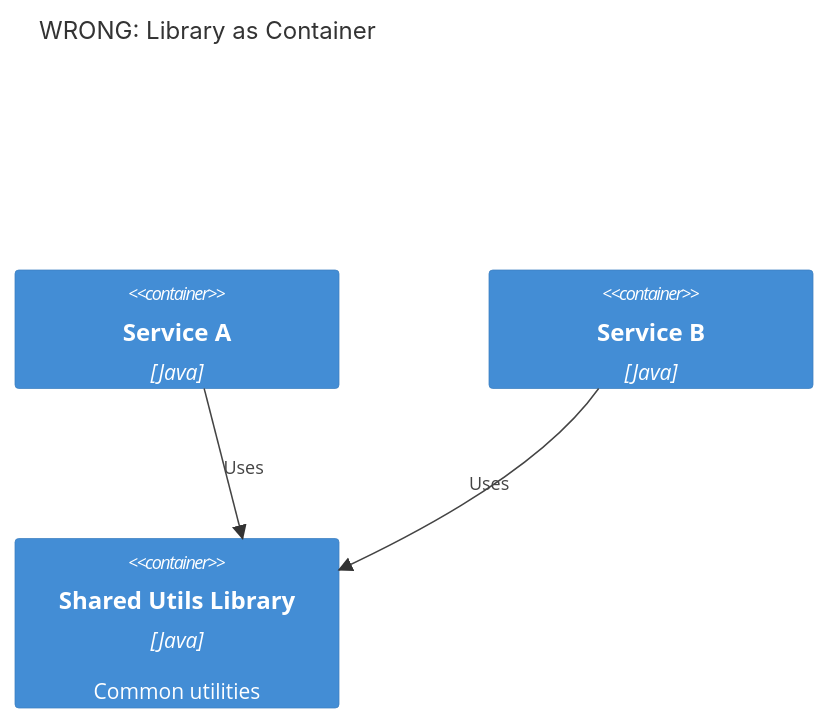
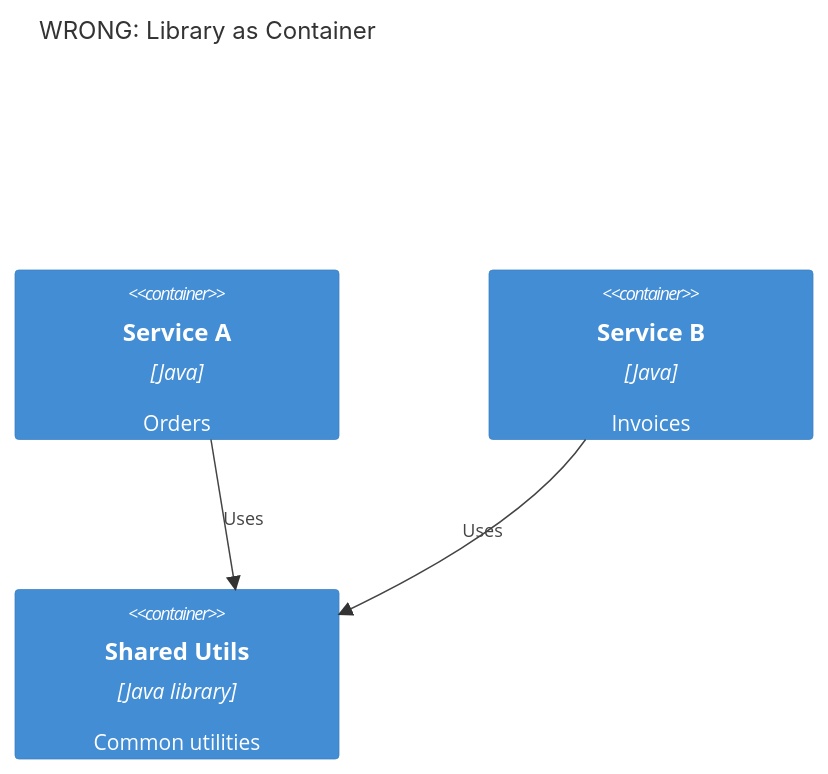
Before and after one commit to castocolina/agent-toolkit: the third of 10 diagrams in dist/plugins/c4-architecture/skills/c4-architecture/references/common-mistakes.md, drawn with Mermaid. The commit also changed other lines of this file and 1013 other files, not shown here.

````diff
--- a/dist/plugins/c4-architecture/skills/c4-architecture/references/common-mistakes.md
+++ b/dist/plugins/c4-architecture/skills/c4-architecture/references/common-mistakes.md
@@ -81,11 +37,9 @@
 ```mermaid
 C4Container
   title WRONG: Library as Container
-
-  Container(serviceA, "Service A", "Java")
-  Container(serviceB, "Service B", "Java")
-  Container(sharedLib, "Shared Utils Library", "Java", "Common utilities")
-
+  Container(serviceA, "Service A", "Java", "Orders")
+  Container(serviceB, "Service B", "Java", "Invoices")
+  Container(sharedLib, "Shared Utils", "Java library", "Common utilities")
   Rel(serviceA, sharedLib, "Uses")
   Rel(serviceB, sharedLib, "Uses")
 ```
````
